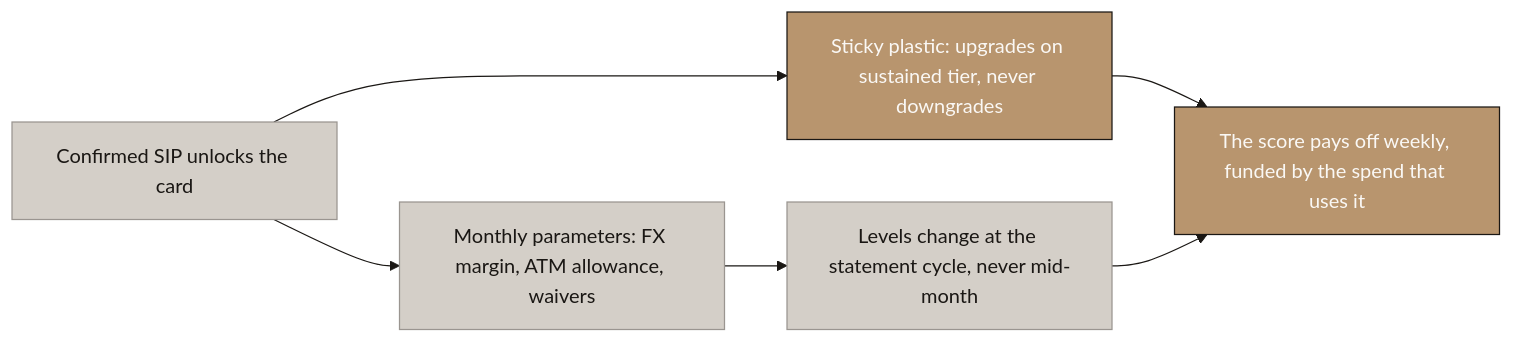
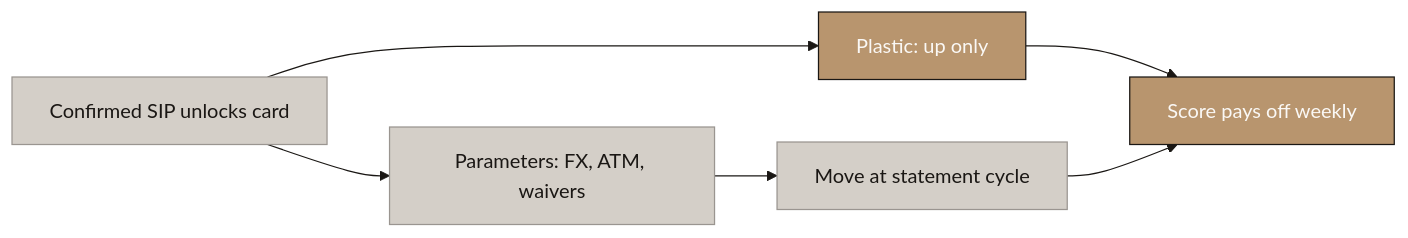
The fourth of 6 diagrams in deliverables/2-mechanism-design/Aurumix_Process_Maps_ICS_Benefits.md (Abdsys/Aurumix), drawn with Mermaid before and after one commit. The commit also changed other lines of this file, not shown here.

````diff
--- a/deliverables/2-mechanism-design/Aurumix_Process_Maps_ICS_Benefits.md
+++ b/deliverables/2-mechanism-design/Aurumix_Process_Maps_ICS_Benefits.md
@@ -182,26 +146,26 @@
 ```mermaid
 %%{init: {'theme': 'base', 'themeVariables': {
     'primaryColor': '#B8956E',
     'primaryTextColor': '#1A1714',
     'primaryBorderColor': '#1A1714',
     'lineColor': '#1A1714',
     'secondaryColor': '#FAF8F5',
     'tertiaryColor': '#D4CFC8',
     'fontFamily': 'Libre Franklin, sans-serif',
     'edgeLabelBackground': '#D4CFC8',
     'clusterBkg': '#FAF8F5',
     'clusterBorder': '#B8956E'
 }}}%%
 graph LR
-    A["Confirmed SIP unlocks the card"] --> B["Sticky plastic: upgrades on sustained tier, never downgrades"]
-    A --> C["Monthly parameters: FX margin, ATM allowance, waivers"]
-    C --> D["Levels change at the statement cycle, never mid-month"]
-    B --> E["The score pays off weekly, funded by the spend that uses it"]
+    A["Confirmed SIP unlocks card"] --> B["Plastic: up only"]
+    A --> C["Parameters: FX, ATM, waivers"]
+    C --> D["Move at statement cycle"]
+    B --> E["Score pays off weekly"]
     D --> E
 
     style A fill:#D4CFC8,stroke:#9A9590,color:#1A1714
     style B fill:#B8956E,stroke:#1A1714,color:#FAF8F5
     style C fill:#D4CFC8,stroke:#9A9590,color:#1A1714
     style D fill:#D4CFC8,stroke:#9A9590,color:#1A1714
     style E fill:#B8956E,stroke:#1A1714,color:#FAF8F5
 ```
````
